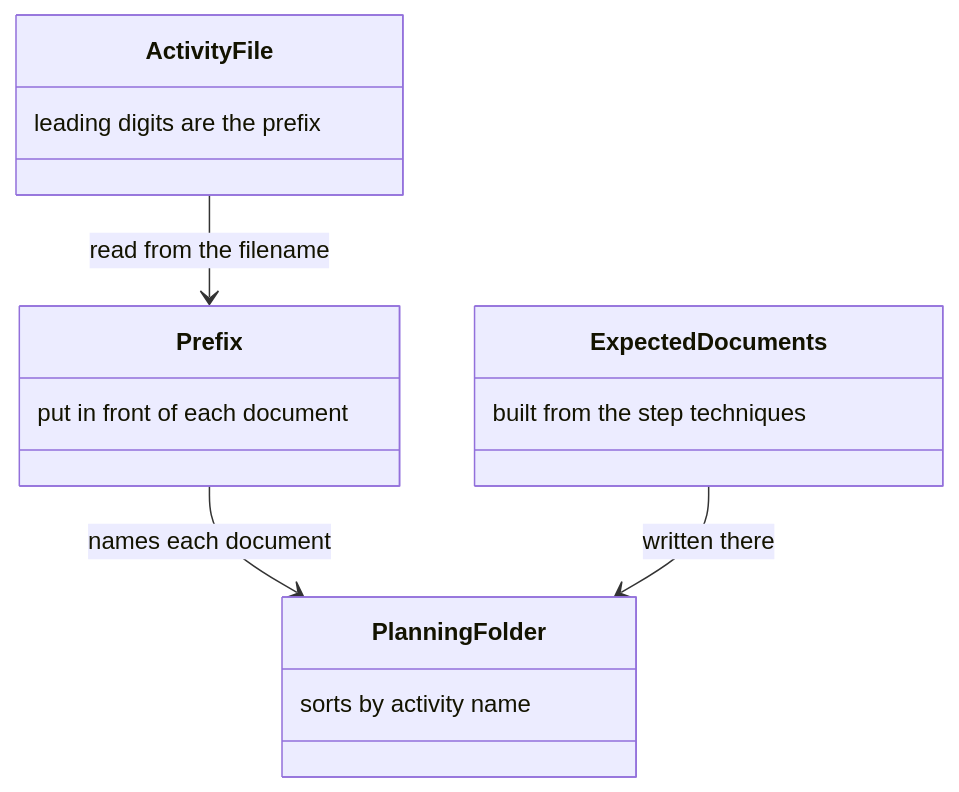
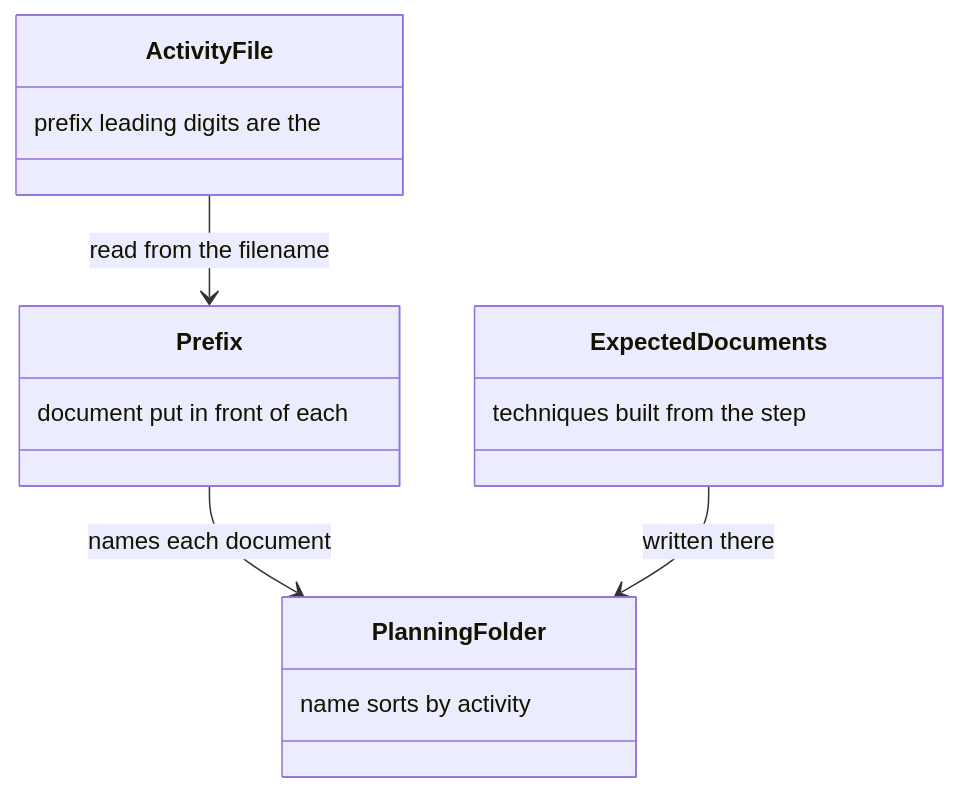
One commit to m2ux/workflow-server changed the eighth of 26 diagrams in docs/delivery.md. Above: the diagram before and after it, drawn with Mermaid. The commit also changed other lines of this file and 13 other files, not shown here.

````diff
--- a/docs/delivery.md
+++ b/docs/delivery.md
@@ -139,18 +139,18 @@
 ```mermaid
 classDiagram
   class ActivityFile {
-    leading digits are the prefix
+    prefix leading digits are the
   }
   class Prefix {
-    put in front of each document
+    document put in front of each
   }
   class ExpectedDocuments {
-    built from the step techniques
+    techniques built from the step
   }
   class PlanningFolder {
-    sorts by activity name
+    name sorts by activity
   }
   ActivityFile --> Prefix : read from the filename
   Prefix --> PlanningFolder : names each document
   ExpectedDocuments --> PlanningFolder : written there
 ```
````
